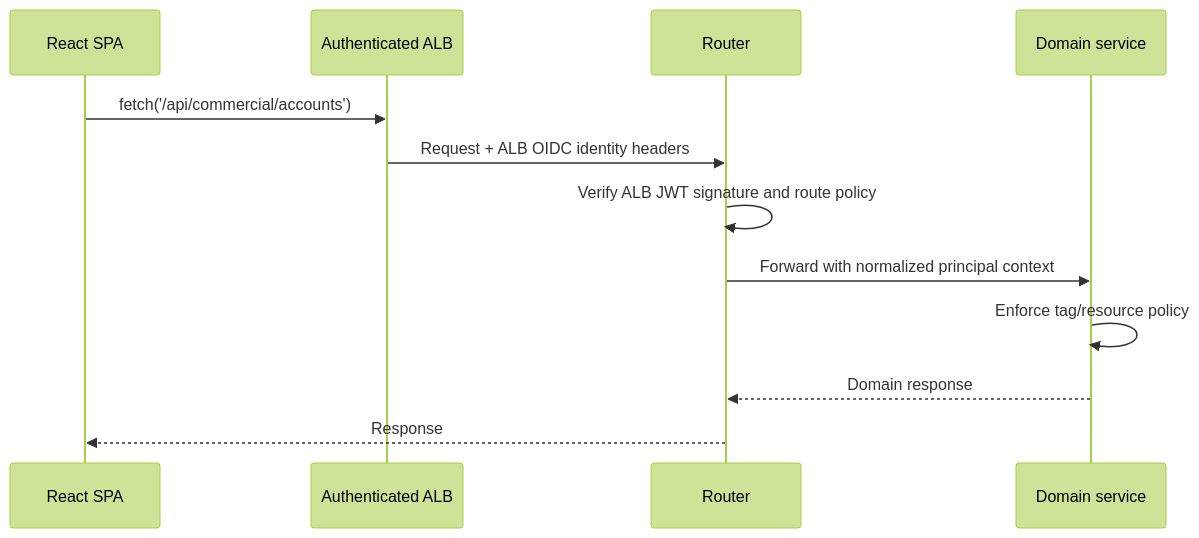
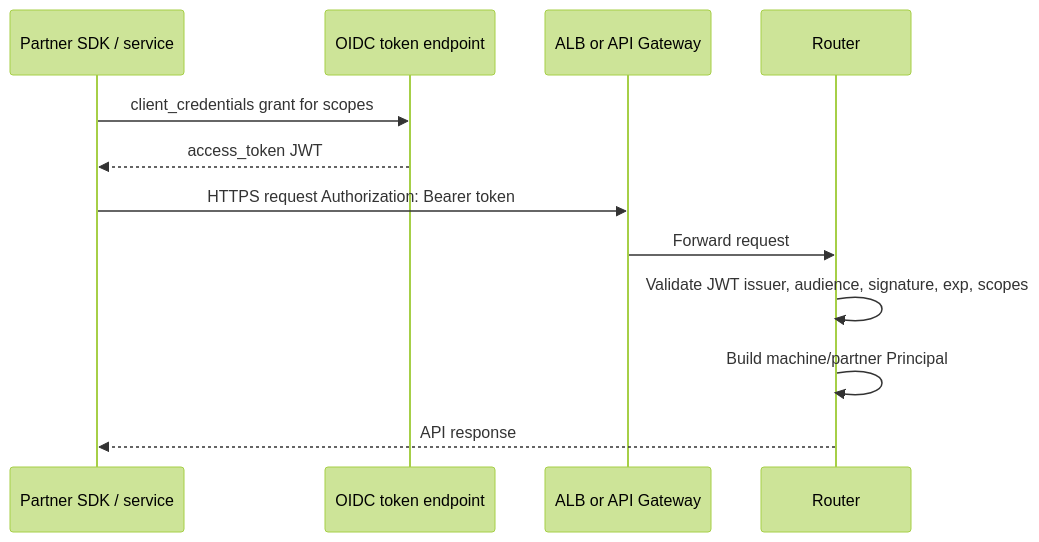
One commit to eric-minassian/notes changed the sixth of 9 diagrams in aws-govcloud-authenticated-spa-router/index.md. Above: the diagram before and after it, drawn with Mermaid (forest theme). The commit also changed other lines of this file and 1 other file, not shown here.

````diff
--- a/aws-govcloud-authenticated-spa-router/index.md
+++ b/aws-govcloud-authenticated-spa-router/index.md
@@ -181,15 +255,15 @@
 ```mermaid
 sequenceDiagram
-    participant SPA as React SPA
-    participant ALB as Authenticated ALB
-    participant R as Router
-    participant S as Domain service
+  participant C as Partner SDK / service
+  participant I as OIDC token endpoint
+  participant A as ALB or API Gateway
+  participant R as Router
 
-    SPA->>ALB: fetch('/api/commercial/accounts')
-    ALB->>R: Request + ALB OIDC identity headers
-    R->>R: Verify ALB JWT signature and route policy
-    R->>S: Forward with normalized principal context
-    S->>S: Enforce tag/resource policy
-    S-->>R: Domain response
-    R-->>SPA: Response
+  C->>I: client_credentials grant for scopes
+  I-->>C: access_token JWT
+  C->>A: HTTPS request Authorization: Bearer token
+  A->>R: Forward request
+  R->>R: Validate JWT issuer, audience, signature, exp, scopes
+  R->>R: Build machine/partner Principal
+  R-->>C: API response
 ```
````
